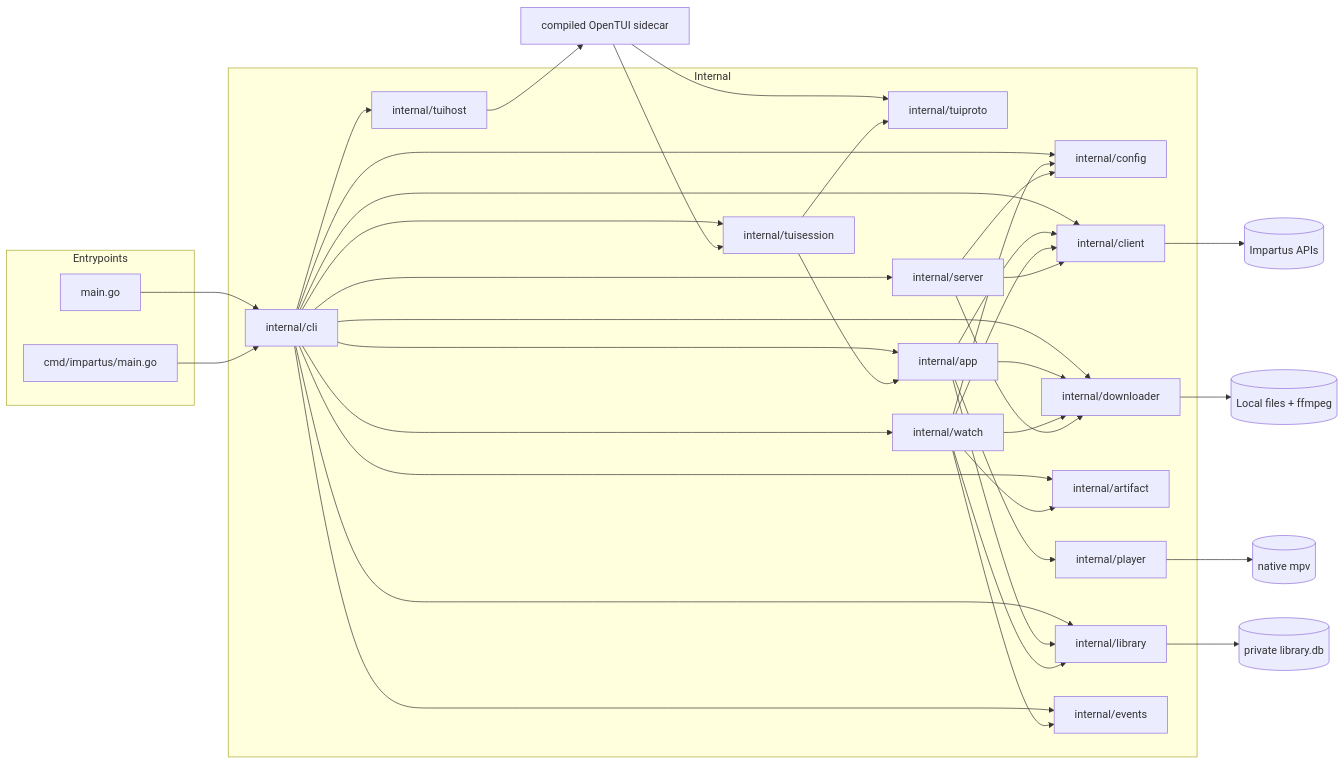
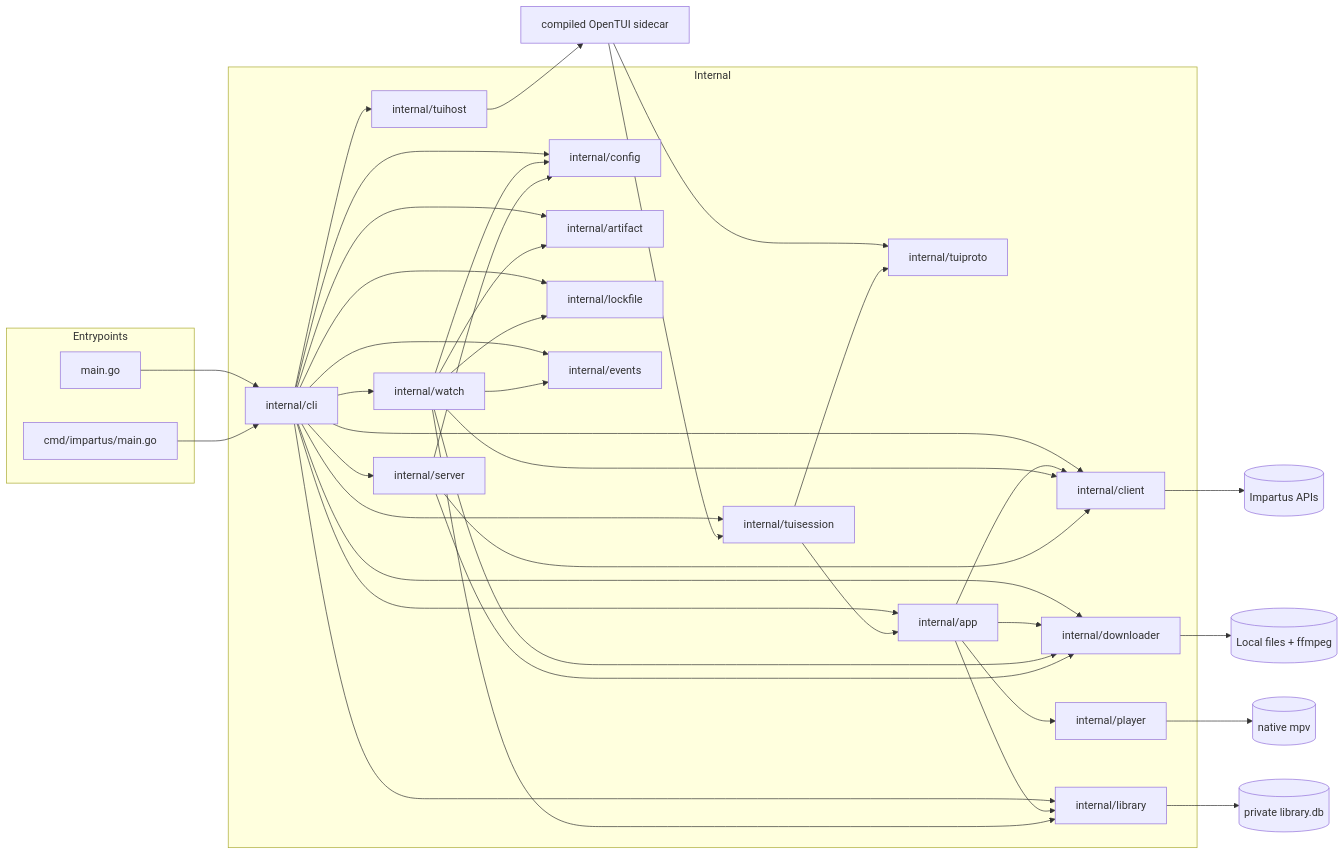
Before and after one commit to rabesss/impartus-cli: the seventh of 7 diagrams in docs/architecture.md, drawn with Mermaid. The commit also changed other lines of this file and 18 other files, not shown here.

````diff
--- a/docs/architecture.md
+++ b/docs/architecture.md
@@ -264,67 +269,70 @@
 ```mermaid
 flowchart LR
   subgraph Entrypoints
     M1[main.go]
     M2[cmd/impartus/main.go]
   end
 
   subgraph Internal
     CLI[internal/cli]
     TUIHOST[internal/tuihost]
     TUISESSION[internal/tuisession]
     TUIPROTO[internal/tuiproto]
     CFG[internal/config]
     CLT[internal/client]
     DL[internal/downloader]
     ART[internal/artifact]
     APP[internal/app]
     PLR[internal/player]
     LIB[internal/library]
+    LOCK[internal/lockfile]
     EVT[internal/events]
     WATCH[internal/watch]
     SRV[internal/server]
   end
 
   UI[compiled OpenTUI sidecar]
 
   IMP[(Impartus APIs)]
   FS[(Local files + ffmpeg)]
   MPV[(native mpv)]
   DB[(private library.db)]
 
   M1 --> CLI
   M2 --> CLI
   CLI --> CFG
   CLI --> CLT
   CLI --> DL
   CLI --> ART
   CLI --> APP
   CLI --> TUIHOST
   CLI --> TUISESSION
   CLI --> LIB
+  CLI --> LOCK
   CLI --> EVT
   CLI --> WATCH
   CLI --> SRV
   APP --> CLT
   APP --> DL
   APP --> PLR
   APP --> LIB
   TUIHOST --> UI
   UI --> TUIPROTO
   UI --> TUISESSION
   TUISESSION --> TUIPROTO
   TUISESSION --> APP
   WATCH --> CFG
   WATCH --> CLT
   WATCH --> DL
   WATCH --> ART
   WATCH --> EVT
   WATCH --> LIB
+  WATCH --> LOCK
   SRV --> CFG
   SRV --> CLT
   SRV --> DL
   CLT --> IMP
   DL --> FS
   PLR --> MPV
   LIB --> DB
 ```
````
